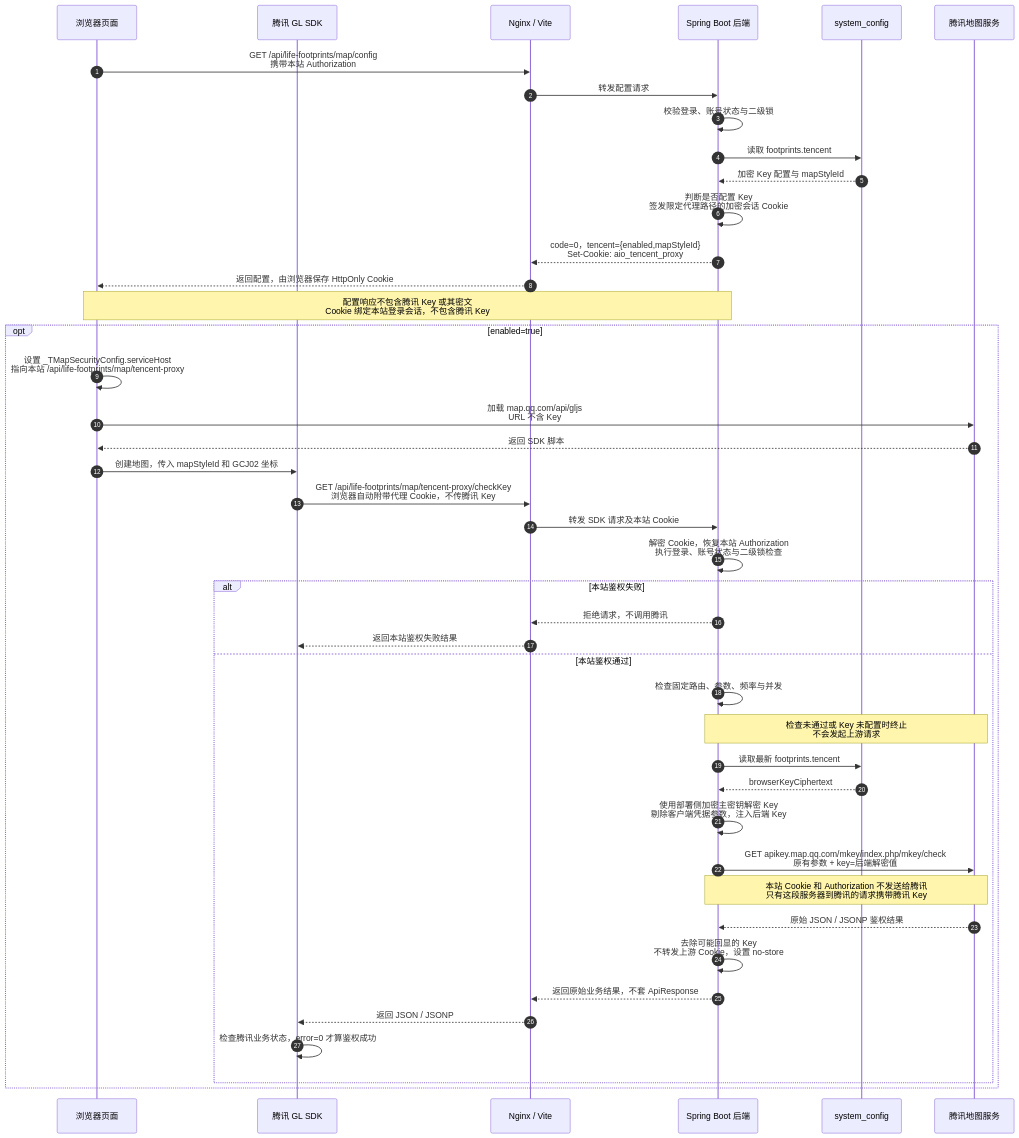
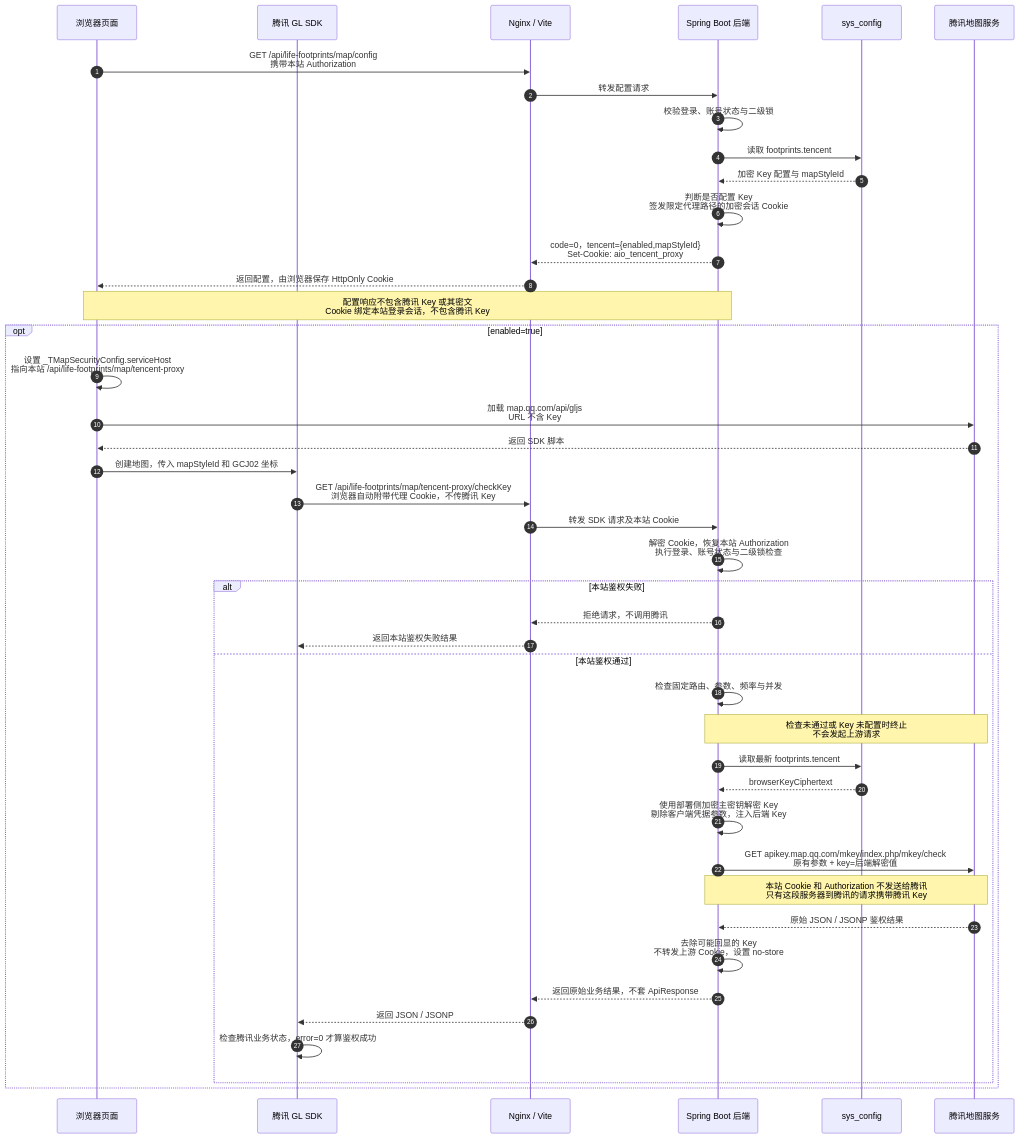
Before and after one commit to lys1313013/aio-life-server: the first of 2 diagrams in docs/腾讯地图代理接入.md, drawn with Mermaid. The commit also changed other lines of this file and 10 other files, not shown here.

````diff
--- a/docs/腾讯地图代理接入.md
+++ b/docs/腾讯地图代理接入.md
@@ -9,48 +9,48 @@
 ```mermaid
 sequenceDiagram
     autonumber
     participant Web as 浏览器页面
     participant SDK as 腾讯 GL SDK
     participant Proxy as Nginx / Vite
     participant API as Spring Boot 后端
-    participant DB as system_config
+    participant DB as sys_config
     participant Tencent as 腾讯地图服务
 
     Web->>Proxy: GET /api/life-footprints/map/config<br/>携带本站 Authorization
     Proxy->>API: 转发配置请求
     API->>API: 校验登录、账号状态与二级锁
     API->>DB: 读取 footprints.tencent
     DB-->>API: 加密 Key 配置与 mapStyleId
     API->>API: 判断是否配置 Key<br/>签发限定代理路径的加密会话 Cookie
     API-->>Proxy: code=0，tencent={enabled,mapStyleId}<br/>Set-Cookie: aio_tencent_proxy
     Proxy-->>Web: 返回配置，由浏览器保存 HttpOnly Cookie
     Note over Web,API: 配置响应不包含腾讯 Key 或其密文<br/>Cookie 绑定本站登录会话，不包含腾讯 Key
 
     opt enabled=true
         Web->>Web: 设置 _TMapSecurityConfig.serviceHost<br/>指向本站 /api/life-footprints/map/tencent-proxy
         Web->>Tencent: 加载 map.qq.com/api/gljs<br/>URL 不含 Key
         Tencent-->>Web: 返回 SDK 脚本
         Web->>SDK: 创建地图，传入 mapStyleId 和 GCJ02 坐标
 
         SDK->>Proxy: GET /api/life-footprints/map/tencent-proxy/checkKey<br/>浏览器自动附带代理 Cookie，不传腾讯 Key
         Proxy->>API: 转发 SDK 请求及本站 Cookie
         API->>API: 解密 Cookie，恢复本站 Authorization<br/>执行登录、账号状态与二级锁检查
         alt 本站鉴权失败
             API-->>Proxy: 拒绝请求，不调用腾讯
             Proxy-->>SDK: 返回本站鉴权失败结果
         else 本站鉴权通过
             API->>API: 检查固定路由、参数、频率与并发
             Note over API,Tencent: 检查未通过或 Key 未配置时终止<br/>不会发起上游请求
             API->>DB: 读取最新 footprints.tencent
             DB-->>API: browserKeyCiphertext
             API->>API: 使用部署侧加密主密钥解密 Key<br/>剔除客户端凭据参数，注入后端 Key
             API->>Tencent: GET apikey.map.qq.com/mkey/index.php/mkey/check<br/>原有参数 + key=后端解密值
             Note over API,Tencent: 本站 Cookie 和 Authorization 不发送给腾讯<br/>只有这段服务器到腾讯的请求携带腾讯 Key
             Tencent-->>API: 原始 JSON / JSONP 鉴权结果
             API->>API: 去除可能回显的 Key<br/>不转发上游 Cookie，设置 no-store
             API-->>Proxy: 返回原始业务结果，不套 ApiResponse
             Proxy-->>SDK: 返回 JSON / JSONP
             SDK->>SDK: 检查腾讯业务状态，error=0 才算鉴权成功
         end
     end
 ```
````
